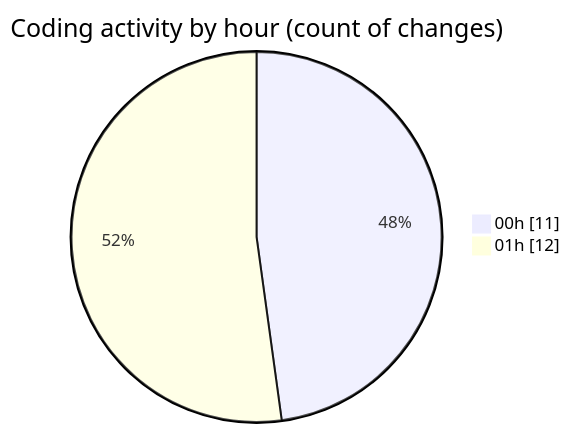
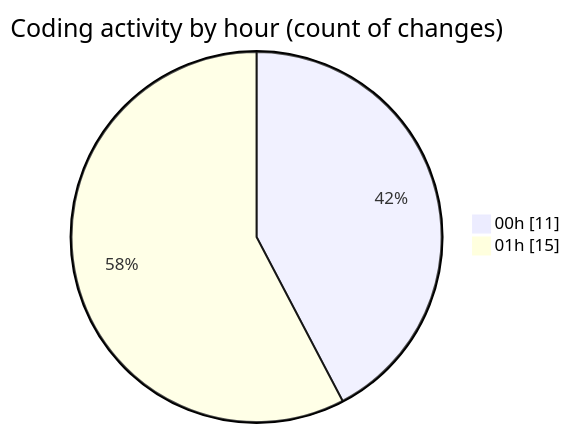
The second of 2 diagrams in 2025-10-11/eventscop-frontend-guide__workspace_/README.md (julien-gomy/code-tracking), drawn with Mermaid before and after one commit. The commit also changed other lines of this file and 1 other file, not shown here.

````diff
--- a/2025-10-11/eventscop-frontend-guide__workspace_/README.md
+++ b/2025-10-11/eventscop-frontend-guide__workspace_/README.md
@@ -36,6 +37,6 @@
 ```mermaid
 pie showData
 title Coding activity by hour (count of changes)
 "00h" : 11
-"01h" : 12
+"01h" : 15
 ```
````
